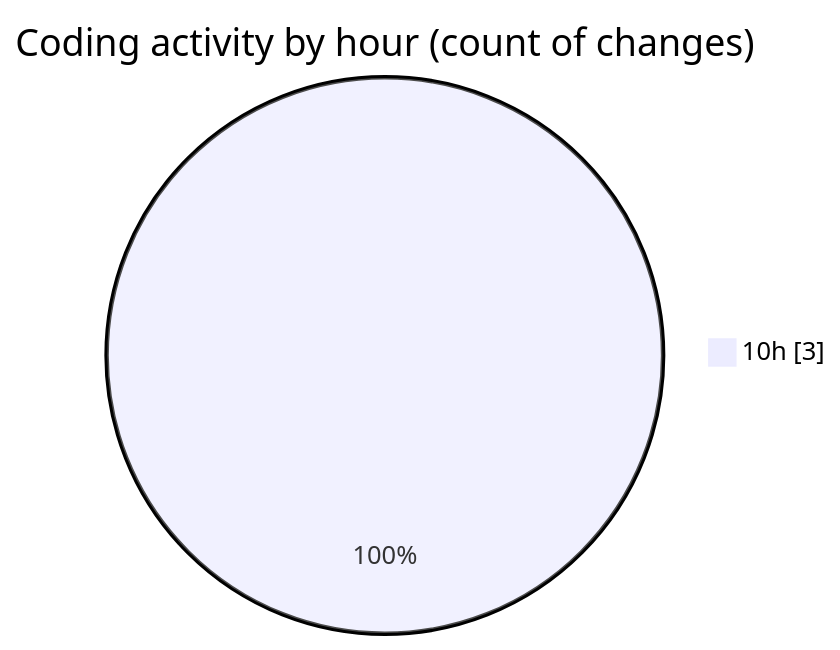
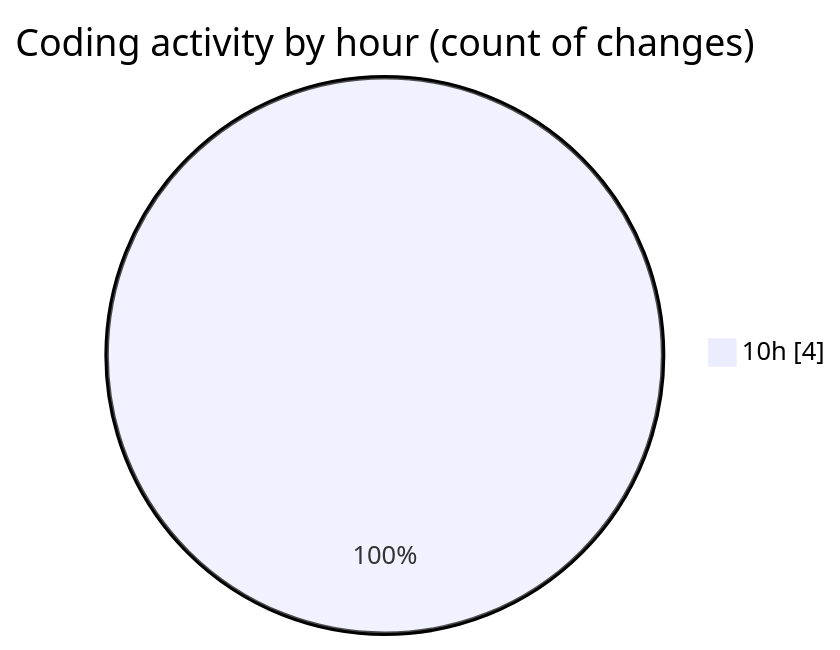
The second of 2 diagrams in 2025-01-29/java/README.md (NitaiMahat/code-tracking), drawn with Mermaid before and after one commit. The commit also changed other lines of this file and 1 other file, not shown here.

````diff
--- a/2025-01-29/java/README.md
+++ b/2025-01-29/java/README.md
@@ -29,5 +30,5 @@
 ```mermaid
 pie showData
 title Coding activity by hour (count of changes)
-"10h" : 3
+"10h" : 4
 ```
````
